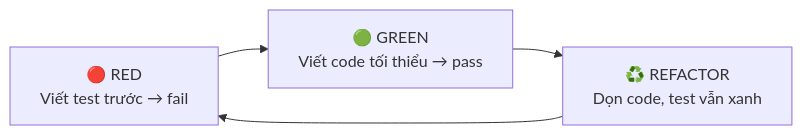
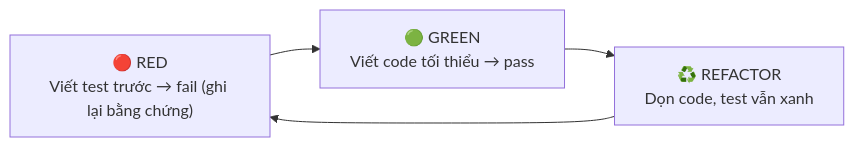
The first of 3 diagrams in docs/vi/explanation/why-incremental-tdd.md (hanh9898/waterfall-bmad-method), drawn with Mermaid before and after one commit. The commit also changed other lines of this file and 29 other files, not shown here.

````diff
--- a/docs/vi/explanation/why-incremental-tdd.md
+++ b/docs/vi/explanation/why-incremental-tdd.md
@@ -34,6 +34,6 @@
 ```mermaid
 flowchart LR
-    R["🔴 RED<br/>Viết test trước → fail"] --> G["🟢 GREEN<br/>Viết code tối thiểu → pass"]
+    R["🔴 RED<br/>Viết test trước → fail (ghi lại bằng chứng)"] --> G["🟢 GREEN<br/>Viết code tối thiểu → pass"]
     G --> RF["♻️ REFACTOR<br/>Dọn code, test vẫn xanh"]
     RF --> R
 ```
````
